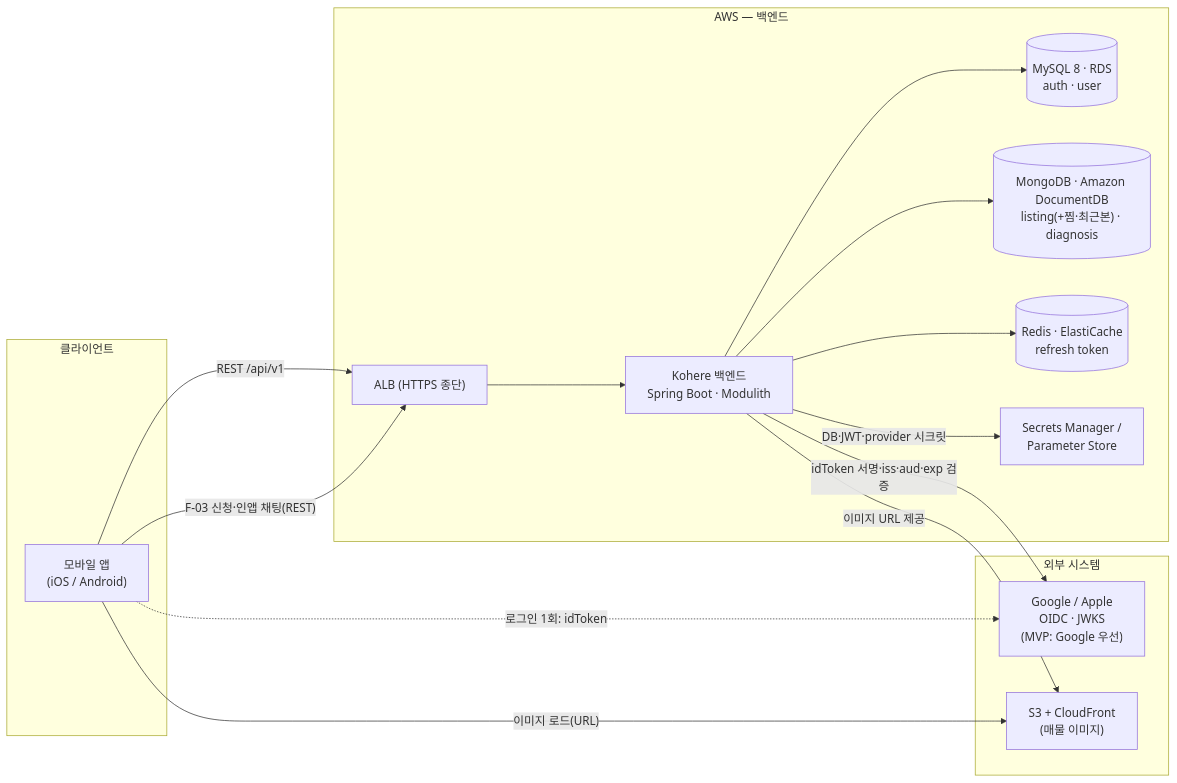
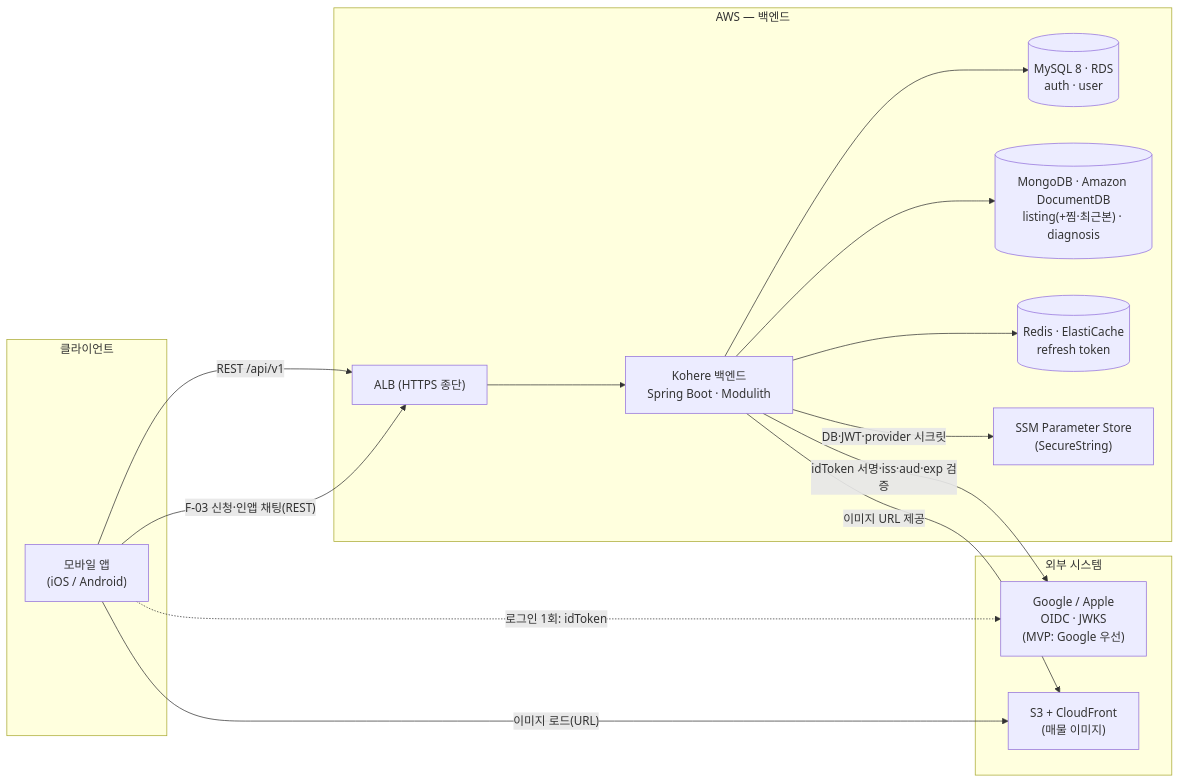
Before and after one commit to jameskim9509/Kohere-backend: the first of 5 diagrams in docs/architecture/system-overview.md, drawn with Mermaid. The commit also changed other lines of this file and 6 other files, not shown here.

````diff
--- a/docs/architecture/system-overview.md
+++ b/docs/architecture/system-overview.md
@@ -29,32 +29,32 @@
 ```mermaid
 flowchart LR
     subgraph Client["클라이언트"]
       APP["모바일 앱<br/>(iOS / Android)"]
     end
 
     subgraph External["외부 시스템"]
       OIDC["Google / Apple<br/>OIDC · JWKS<br/>(MVP: Google 우선)"]
       CDN["S3 + CloudFront<br/>(매물 이미지)"]
     end
 
     subgraph Cloud["AWS — 백엔드"]
       ALB["ALB (HTTPS 종단)"]
       SRV["Kohere 백엔드<br/>Spring Boot · Modulith"]
       MYSQL[("MySQL 8 · RDS<br/>auth · user")]
       MONGO[("MongoDB · Amazon DocumentDB<br/>listing(+찜·최근본) · diagnosis")]
       REDIS[("Redis · ElastiCache<br/>refresh token")]
-      SECRET["Secrets Manager /<br/>Parameter Store"]
+      SECRET["SSM Parameter Store<br/>(SecureString)"]
     end
 
     APP -- "REST /api/v1" --> ALB
     ALB --> SRV
     APP -. "로그인 1회: idToken" .-> OIDC
     SRV -- "idToken 서명·iss·aud·exp 검증" --> OIDC
     SRV --> MYSQL
     SRV --> MONGO
     SRV --> REDIS
     APP -- "F-03 신청·인앱 채팅(REST)" --> ALB
     APP -- "이미지 로드(URL)" --> CDN
     SRV -- "이미지 URL 제공" --> CDN
     SRV -- "DB·JWT·provider 시크릿" --> SECRET
 ```
````
